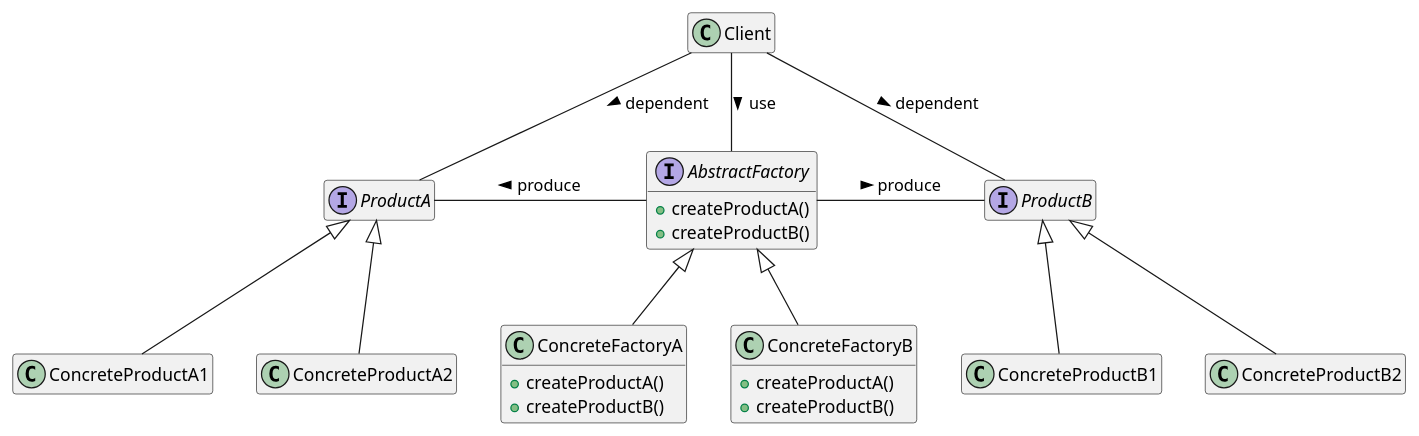
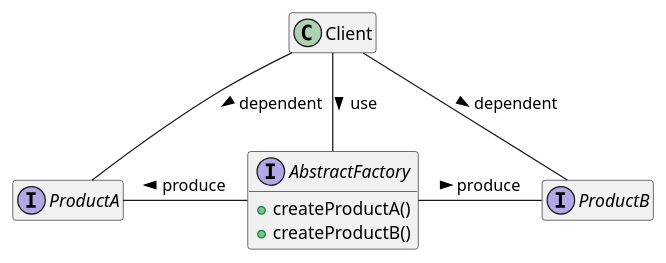
The diagram in AbstractFactoryPattern/AbstractFactoryPattern.puml (gama79530/DesignPattern), drawn with PlantUML before and after one commit. The commit also changed 4 other files, not shown here.

Commit message:
Refactor: simiplify the UML of each pattern

```diff
--- a/AbstractFactoryPattern/AbstractFactoryPattern.puml
+++ b/AbstractFactoryPattern/AbstractFactoryPattern.puml
@@ -1,57 +1,25 @@
 @startuml AbstractFactoryPattern
 hide empty members
 
 class Client{
 }
 
 interface AbstractFactory{
     + createProductA()
     + createProductB()
 }
 
-class ConcreteFactoryA{
-    + createProductA()
-    + createProductB()
-}
-
-class ConcreteFactoryB{
-    + createProductA()
-    + createProductB()
-}
-
 interface ProductA{
-}
-
-class ConcreteProductA1{
-}
-
-class ConcreteProductA2{
 }
 
 interface ProductB{
 }
-
-
-class ConcreteProductB1{
-}
-
-class ConcreteProductB2{
-}
-
-AbstractFactory <|-- ConcreteFactoryA
-AbstractFactory <|-- ConcreteFactoryB
-
-ProductA <|-- ConcreteProductA1
-ProductA <|-- ConcreteProductA2
-
-ProductB <|-- ConcreteProductB1
-ProductB <|-- ConcreteProductB2
 
 AbstractFactory -left- ProductA : > produce 
 AbstractFactory - ProductB : > produce 
 
 Client -down- AbstractFactory : > use
 Client -down- ProductA : > dependent
 Client -down- ProductB : > dependent
 
 @enduml
```
